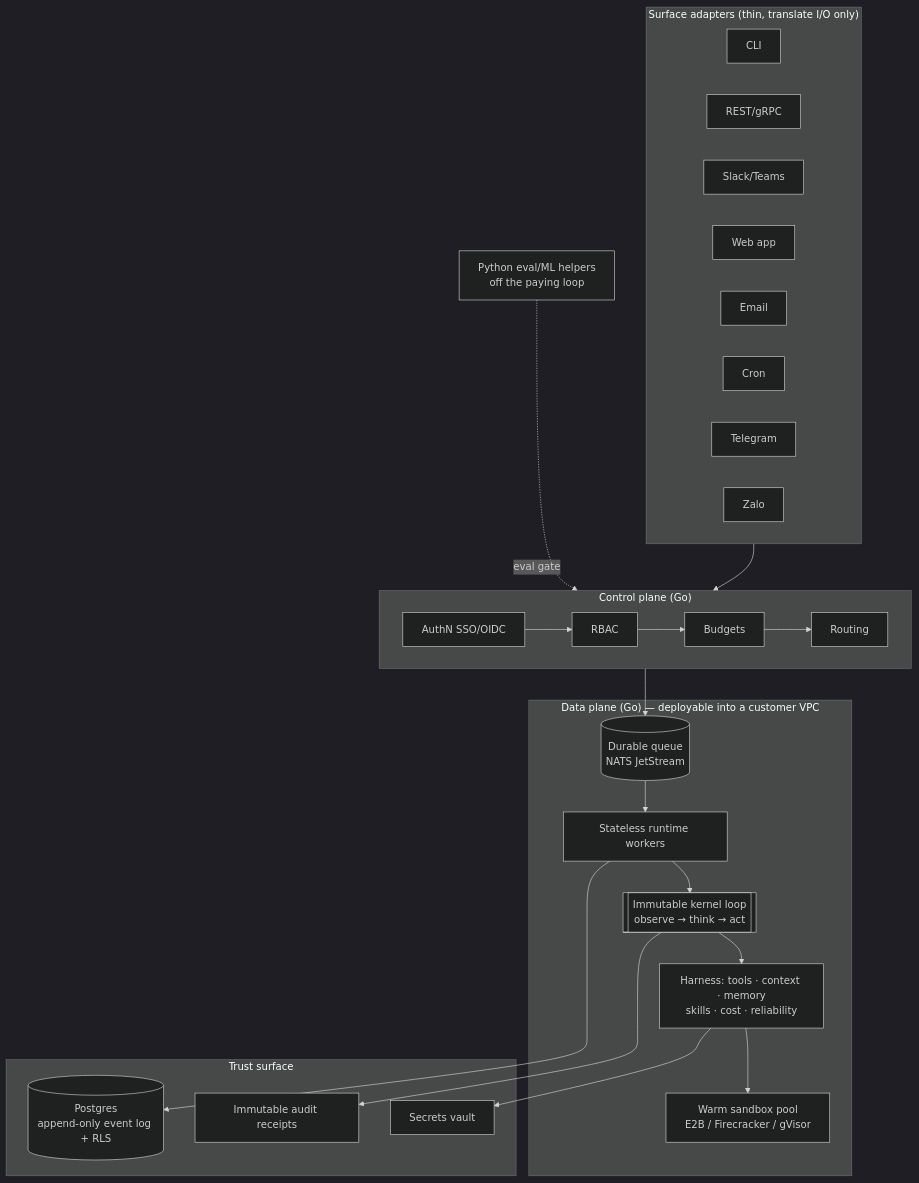
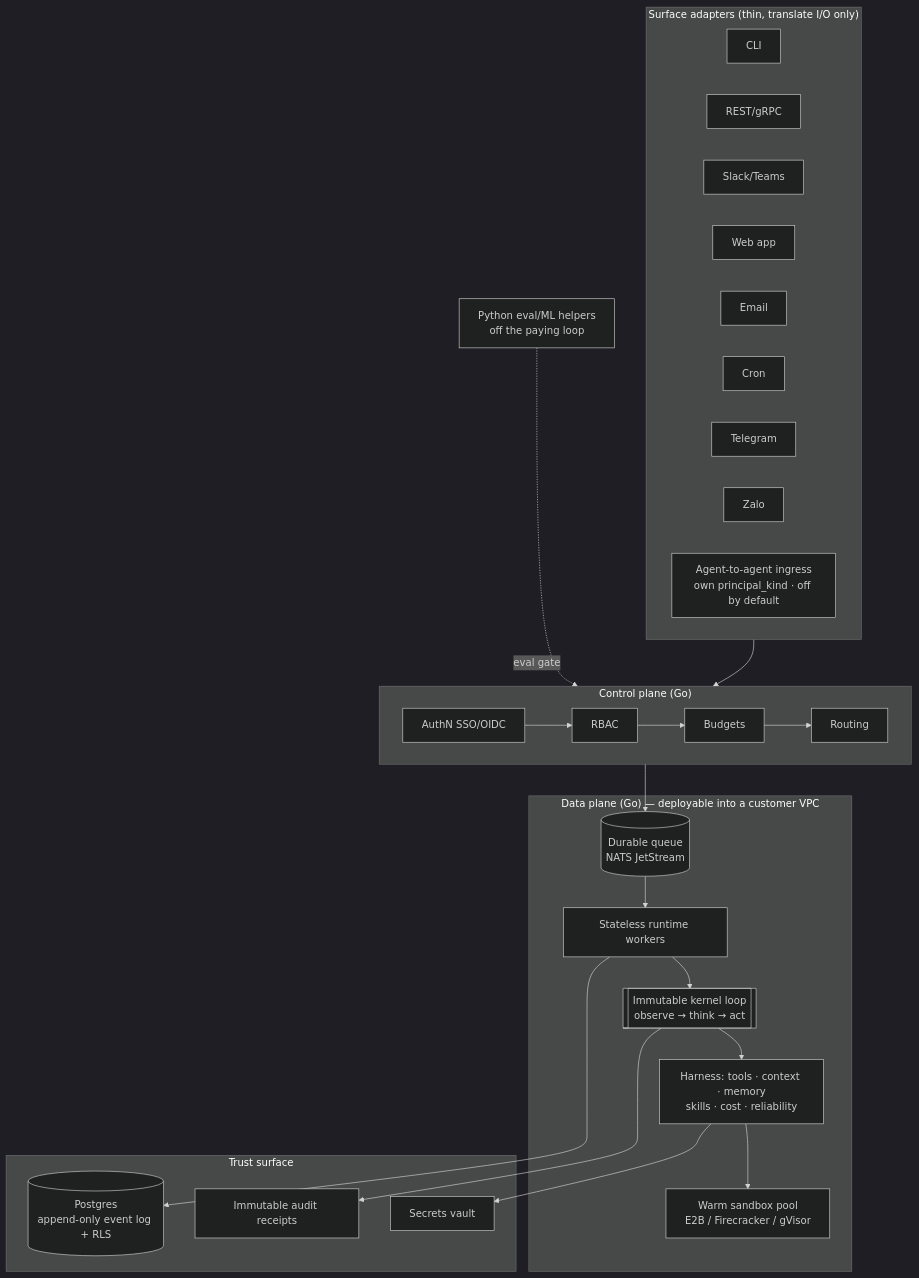
Before and after one commit to truongpx396/nexus-agent: the diagram in README.md, drawn with Mermaid (dark theme). The commit also changed other lines of this file and 13 other files, not shown here.

First line of the commit message:
update README, plan, and diagrams for cross-artifact consistency

````diff
--- a/README.md
+++ b/README.md
@@ -74,32 +74,33 @@
 ```mermaid
 flowchart TB
     subgraph Surfaces["Surface adapters (thin, translate I/O only)"]
         CLI[CLI] & API[REST/gRPC] & Chat[Slack/Teams] & Web[Web app]
         Email[Email] & Cron[Cron] & TG[Telegram] & Zalo[Zalo]
+        A2A[Agent-to-agent ingress<br/>own principal_kind · off by default]
     end
 
     subgraph Control["Control plane (Go)"]
         Auth[AuthN SSO/OIDC] --> RBAC[RBAC] --> Budget[Budgets] --> Route[Routing]
     end
 
     subgraph DataPlane["Data plane (Go) — deployable into a customer VPC"]
         Queue[(Durable queue<br/>NATS JetStream)]
         Worker[Stateless runtime workers]
         Kernel[[Immutable kernel loop<br/>observe → think → act]]
         Harness[Harness: tools · context · memory<br/>skills · cost · reliability]
         Sandbox[Warm sandbox pool<br/>E2B / Firecracker / gVisor]
     end
 
     subgraph Trust["Trust surface"]
         RLS[(Postgres<br/>append-only event log + RLS)]
         Vault[Secrets vault]
         Audit[Immutable audit receipts]
     end
 
     Surfaces --> Control --> Queue --> Worker --> Kernel --> Harness
     Harness --> Sandbox
     Worker --> RLS
     Harness --> Vault
     Kernel --> Audit
     MLPython[Python eval/ML helpers<br/>off the paying loop] -.eval gate.-> Control
 ```
````
